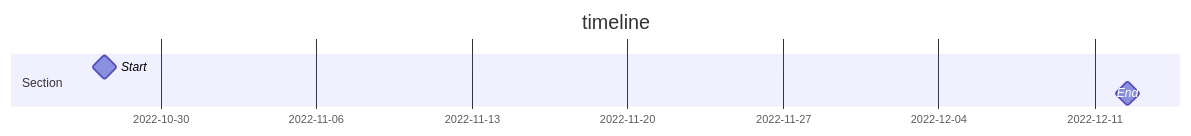
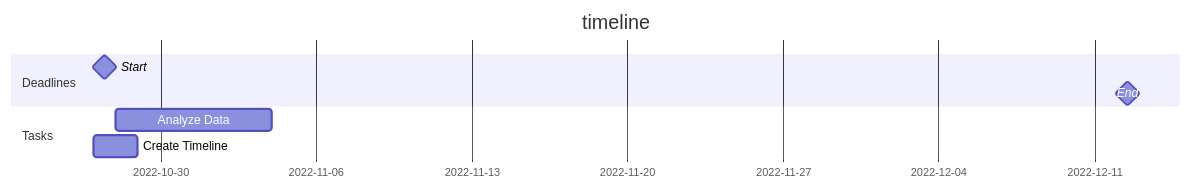
The diagram in README.md (pamela-tueam/ws22airbnb), drawn with Mermaid before and after one commit. The commit also changed other lines of this file, not shown here.

````diff
--- a/README.md
+++ b/README.md
@@ -3,8 +3,11 @@
 ```mermaid
 gantt
     title timeline
     dateFormat  YYYY-MM-DD
-    section Section
+    section Deadlines
     Start           :milestone, m1,2022-10-27, 1d
     End             :milestone, m1,2022-12-12, 1d
+    section Tasks
+    Analyze Data :a1,2022-10-28,7d
+    Create Timeline :a1,2022-10-27,2d
 ```
````
